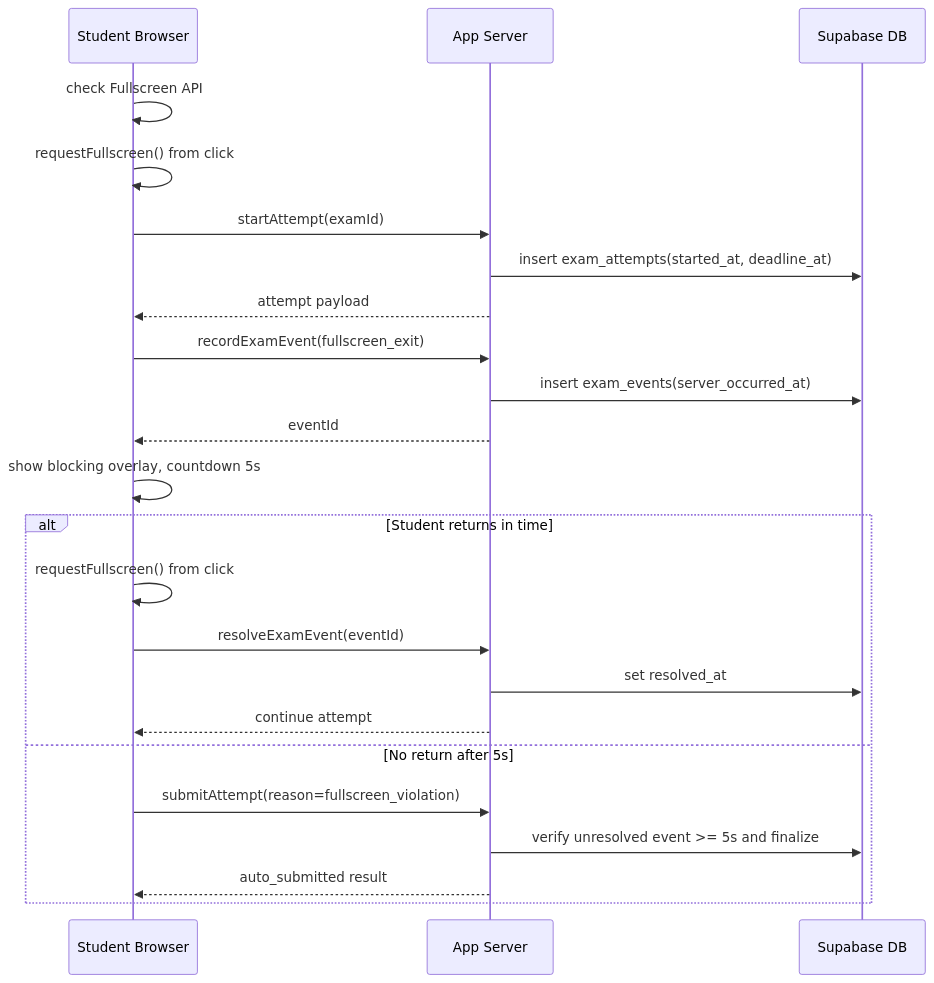
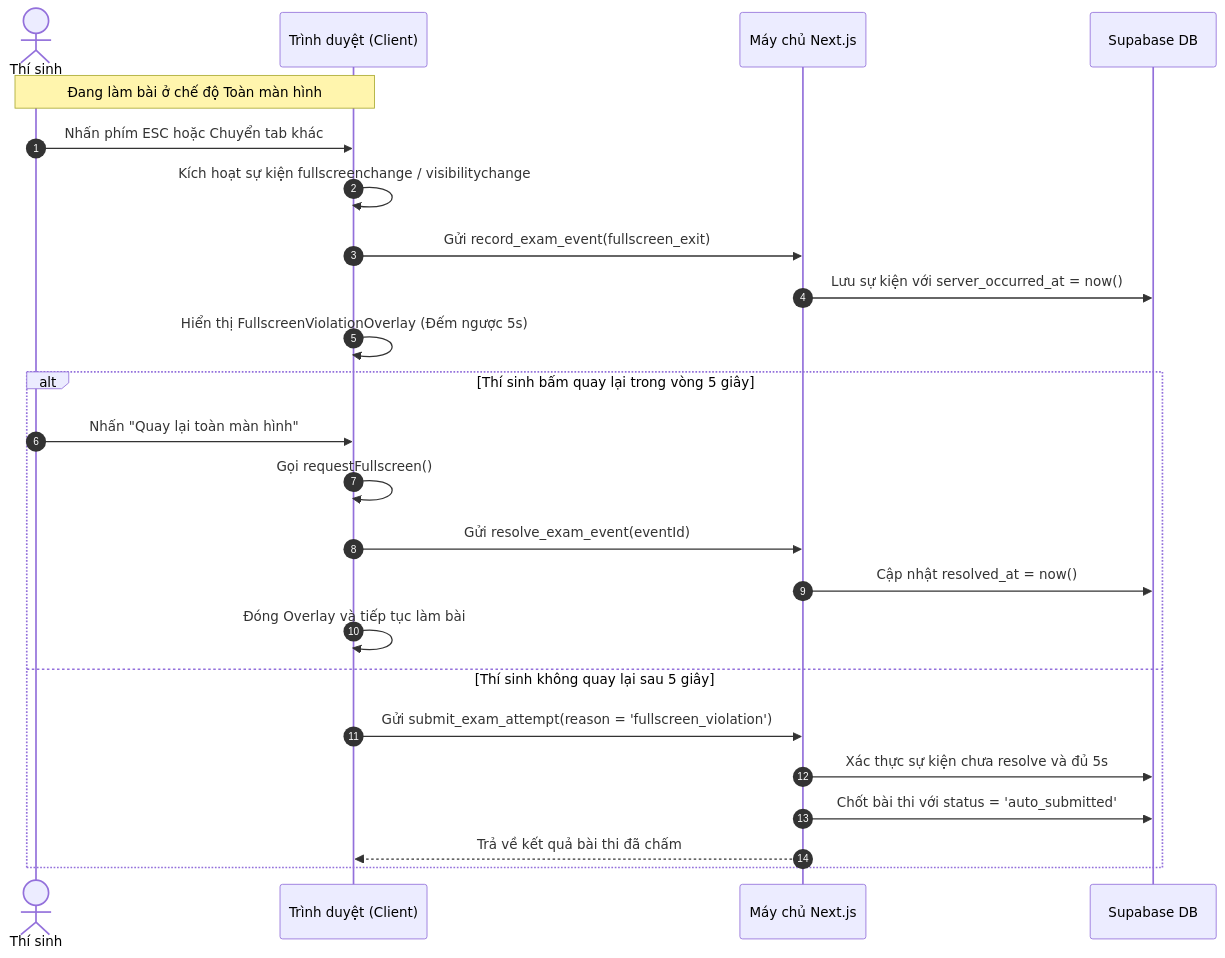
The diagram in docs/fullscreen-policy.md (DXT0509/ExamWeb), drawn with Mermaid before and after one commit. The commit also changed other lines of this file and 166 other files, not shown here.

````diff
--- a/docs/fullscreen-policy.md
+++ b/docs/fullscreen-policy.md
@@ -138,25 +85,28 @@
 ```mermaid
 sequenceDiagram
-  participant S as Student Browser
-  participant A as App Server
+  autonumber
+  actor Student as Thí sinh
+  participant Browser as Trình duyệt (Client)
+  participant Server as Máy chủ Next.js
   participant DB as Supabase DB
-  S->>S: check Fullscreen API
-  S->>S: requestFullscreen() from click
-  S->>A: startAttempt(examId)
-  A->>DB: insert exam_attempts(started_at, deadline_at)
-  A-->>S: attempt payload
-  S->>A: recordExamEvent(fullscreen_exit)
-  A->>DB: insert exam_events(server_occurred_at)
-  A-->>S: eventId
-  S->>S: show blocking overlay, countdown 5s
-  alt Student returns in time
-    S->>S: requestFullscreen() from click
-    S->>A: resolveExamEvent(eventId)
-    A->>DB: set resolved_at
-    A-->>S: continue attempt
-  else No return after 5s
-    S->>A: submitAttempt(reason=fullscreen_violation)
-    A->>DB: verify unresolved event >= 5s and finalize
-    A-->>S: auto_submitted result
+
+  Note over Student,Browser: Đang làm bài ở chế độ Toàn màn hình
+  Student->>Browser: Nhấn phím ESC hoặc Chuyển tab khác
+  Browser->>Browser: Kích hoạt sự kiện fullscreenchange / visibilitychange
+  Browser->>Server: Gửi record_exam_event(fullscreen_exit)
+  Server->>DB: Lưu sự kiện với server_occurred_at = now()
+  Browser->>Browser: Hiển thị FullscreenViolationOverlay (Đếm ngược 5s)
+  
+  alt Thí sinh bấm quay lại trong vòng 5 giây
+    Student->>Browser: Nhấn "Quay lại toàn màn hình"
+    Browser->>Browser: Gọi requestFullscreen()
+    Browser->>Server: Gửi resolve_exam_event(eventId)
+    Server->>DB: Cập nhật resolved_at = now()
+    Browser->>Browser: Đóng Overlay và tiếp tục làm bài
+  else Thí sinh không quay lại sau 5 giây
+    Browser->>Server: Gửi submit_exam_attempt(reason = 'fullscreen_violation')
+    Server->>DB: Xác thực sự kiện chưa resolve và đủ 5s
+    Server->>DB: Chốt bài thi với status = 'auto_submitted'
+    Server-->>Browser: Trả về kết quả bài thi đã chấm
   end
 ```
````
